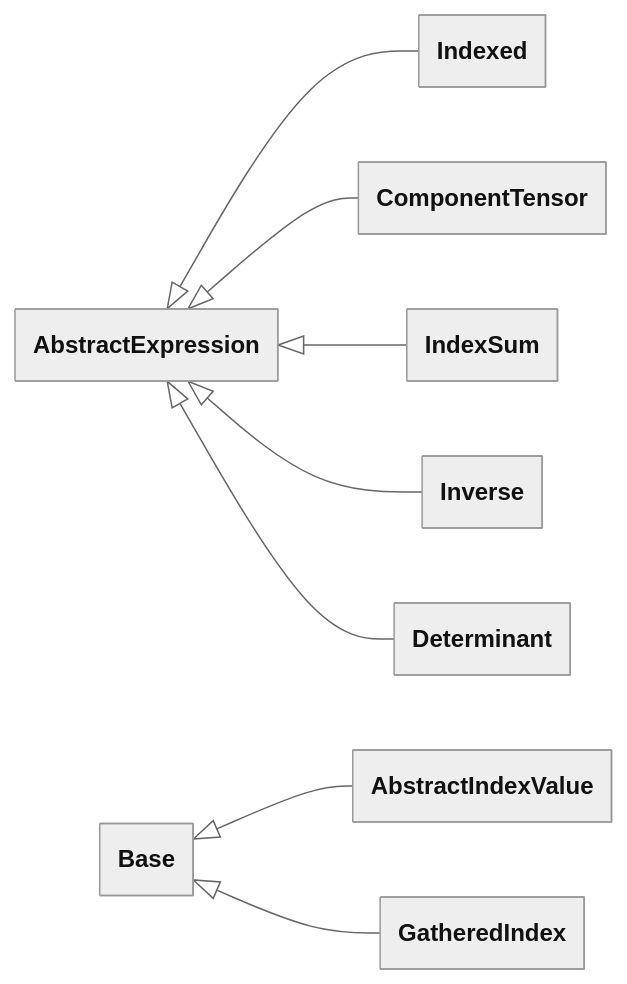
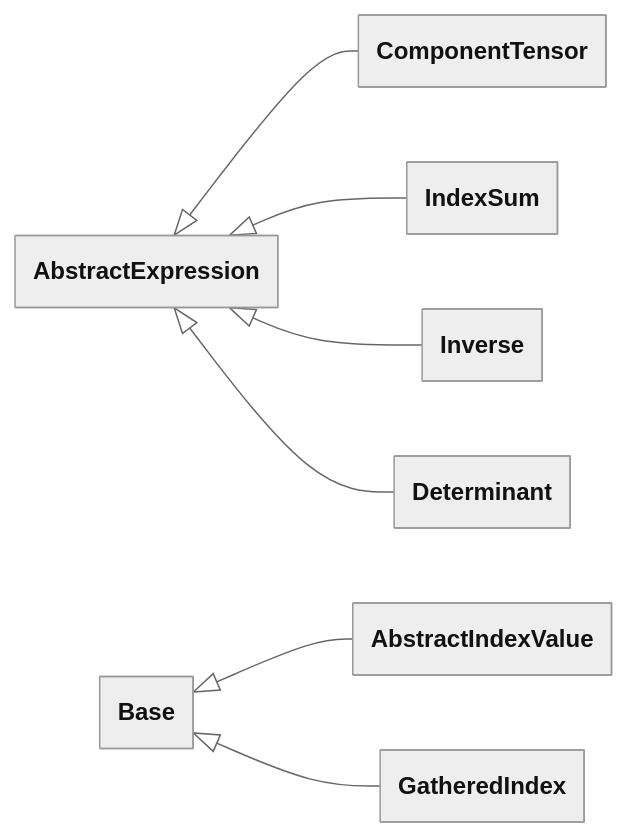
One commit to FEniCS/uflx changed the fifth of 12 diagrams in design/language.md. Above: the diagram before and after it, drawn with Mermaid. The commit also changed other lines of this file, not shown here.

Commit message:
Remove unneeded AbstractRealLiteral

````diff
--- a/design/language.md
+++ b/design/language.md
@@ -4379,21 +4374,20 @@
 ```mermaid
 ---
 config:
   theme: neutral
   look: classic
   class:
     theme: neutral
     look: classic
     hideEmptyMembersBox: true
 ---
 classDiagram
     direction LR
     accTitle: Algebra class hierarchy (3 of 3)
-    AbstractExpression <|-- Indexed
     AbstractExpression <|-- ComponentTensor
     AbstractExpression <|-- IndexSum
     Base <|-- AbstractIndexValue
     Base <|-- GatheredIndex
     AbstractExpression <|-- Inverse
     AbstractExpression <|-- Determinant
 ```
````
